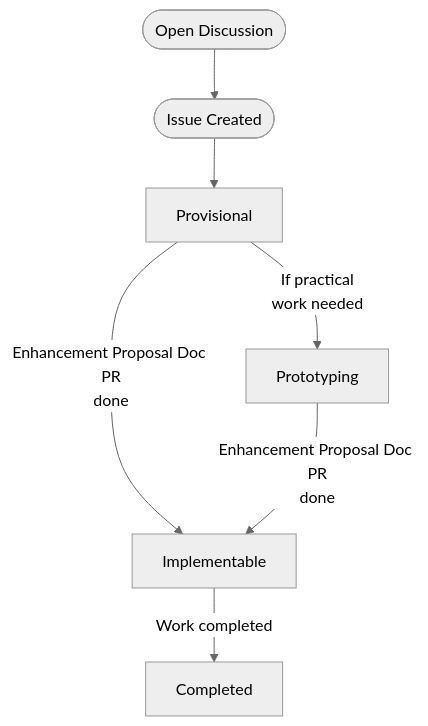
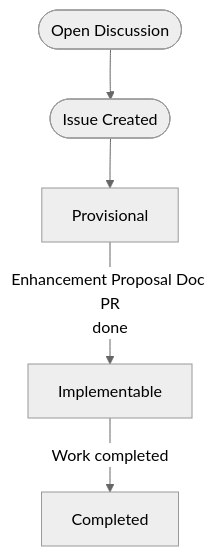
The diagram in docs/proposals/README.md (nginxinc/nginx-gateway-fabric), drawn with Mermaid (neutral theme) before and after one commit. The commit also changed other lines of this file and 1 other file, not shown here.

Commit message:
Remove Prototyping

````diff
--- a/docs/proposals/README.md
+++ b/docs/proposals/README.md
@@ -29,9 +29,7 @@
 ```mermaid
 flowchart TD
     D([Open Discussion]) --> C
     C([Issue Created]) --> Provisional
     Provisional -->|Enhancement Proposal Doc PR<br />done| Implementable
-    Provisional -->|If practical <br /> work needed| Prototyping
-    Prototyping -->|Enhancement Proposal Doc PR<br />done| Implementable
     Implementable -->|Work completed| Completed
 ```
````
